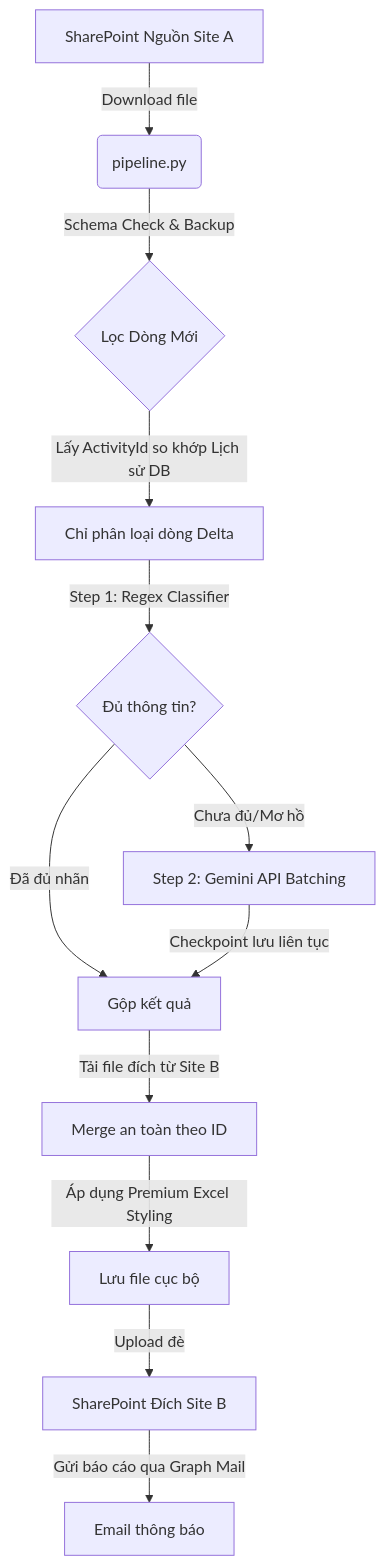
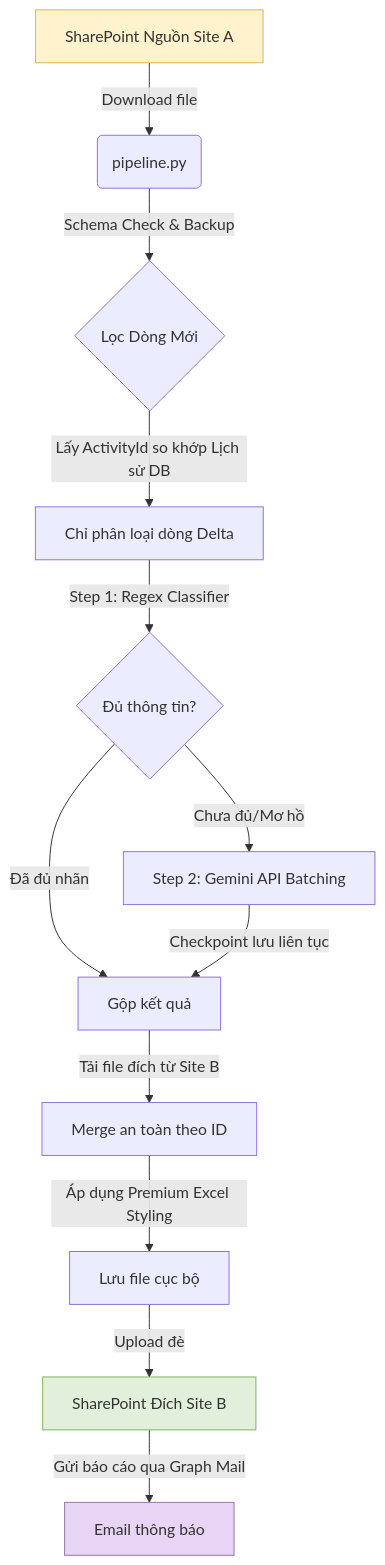
One commit to ThanhDT127/CRM-Classification-Pipeline changed the diagram in README.md. Above: the diagram before and after it, drawn with Mermaid. The commit also changed other lines of this file, not shown here.

Commit message:
docs: fix broken TOC links, display Mermaid diagram directly, and remove broken video placeholder

````diff
--- a/README.md
+++ b/README.md
@@ -170,14 +160,18 @@
 ```mermaid
 graph TD
     A[SharePoint Nguồn Site A] -->|Download file| B(pipeline.py)
     B -->|Schema Check & Backup| C{Lọc Dòng Mới}
     C -->|Lấy ActivityId so khớp Lịch sử DB| D[Chỉ phân loại dòng Delta]
     D -->|Step 1: Regex Classifier| E{Đủ thông tin?}
     E -->|Chưa đủ/Mơ hồ| F[Step 2: Gemini API Batching]
     E -->|Đã đủ nhãn| G[Gộp kết quả]
     F -->|Checkpoint lưu liên tục| G
     G -->|Tải file đích từ Site B| H[Merge an toàn theo ID]
     H -->|Áp dụng Premium Excel Styling| I[Lưu file cục bộ]
     I -->|Upload đè| J[SharePoint Đích Site B]
     J -->|Gửi báo cáo qua Graph Mail| K[Email thông báo]
+    
+    style A fill:#fff2cc,stroke:#d6b656
+    style J fill:#e2efda,stroke:#82b366
+    style K fill:#e8d5f5,stroke:#9673a6
 ```
````
